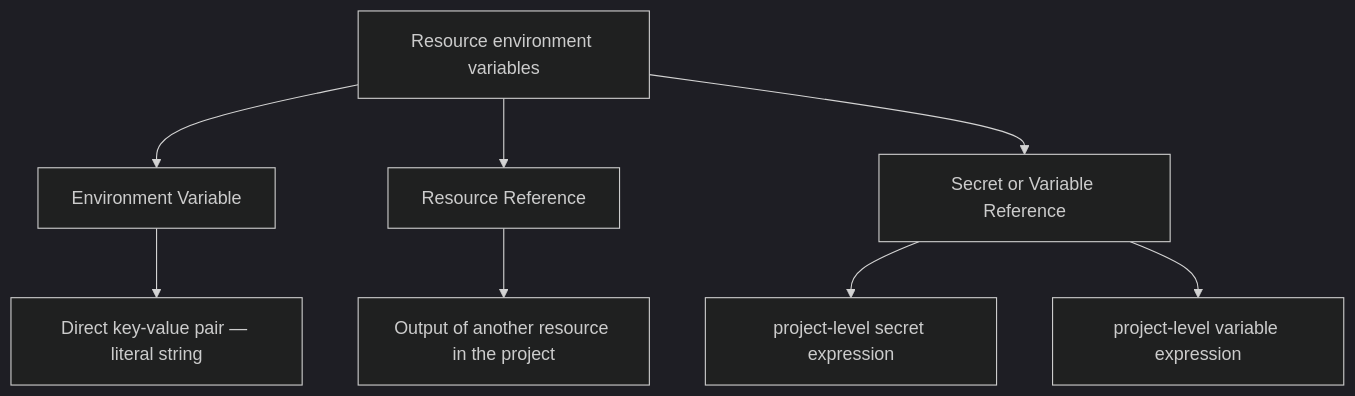
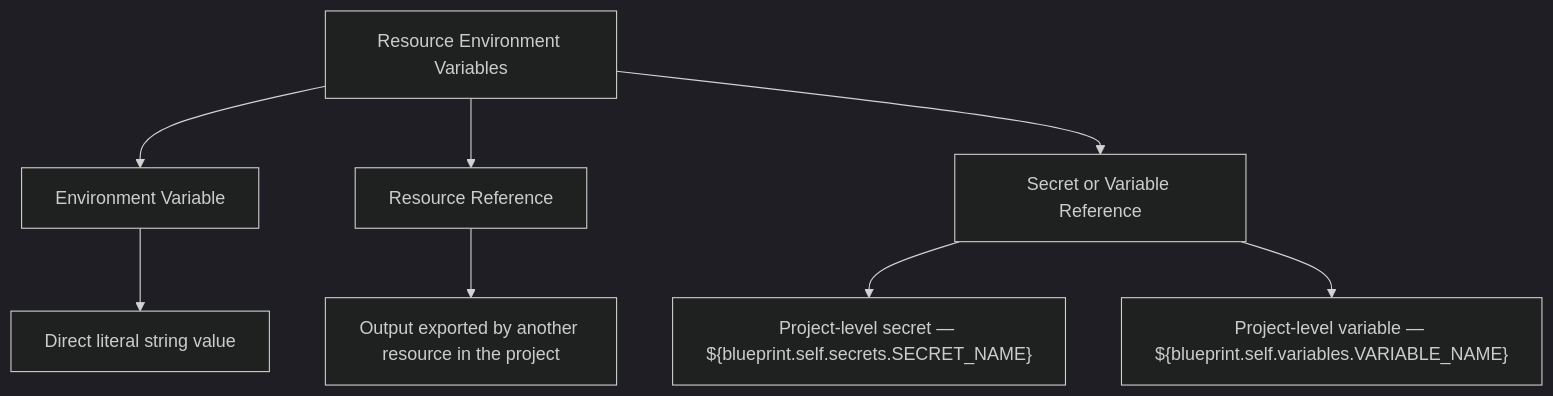
The diagram in docs/secrets/resource-variables.md (Facets-cloud/facets-docs), drawn with Mermaid (dark theme) before and after one commit. The commit also changed other lines of this file and 4 other files, not shown here.

First line of the commit message:
docs(secrets-and-variables): full rewrite of Secrets and Variables section

````diff
--- a/docs/secrets/resource-variables.md
+++ b/docs/secrets/resource-variables.md
@@ -13,10 +13,10 @@
 ```mermaid
 graph TD
-    A[Resource environment variables] --> B[Environment Variable]
+    A[Resource Environment Variables] --> B[Environment Variable]
     A --> C[Resource Reference]
     A --> D[Secret or Variable Reference]
-    B --> E[Direct key-value pair — literal string]
-    C --> F[Output of another resource in the project]
-    D --> G[project-level secret expression]
-    D --> H[project-level variable expression]
+    B --> E[Direct literal string value]
+    C --> F[Output exported by another resource in the project]
+    D --> G["Project-level secret — ${blueprint.self.secrets.SECRET_NAME}"]
+    D --> H["Project-level variable — ${blueprint.self.variables.VARIABLE_NAME}"]
 ```
````
